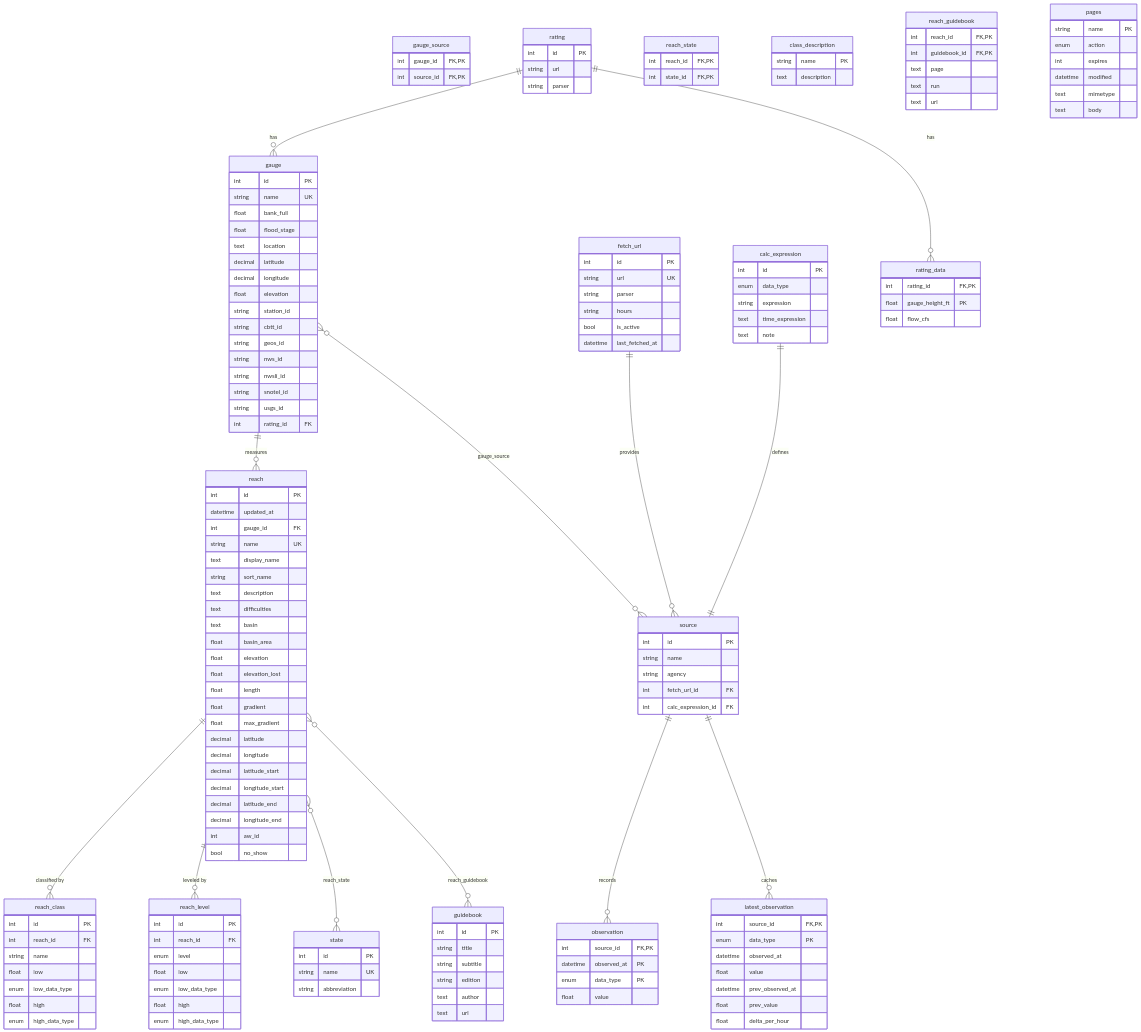
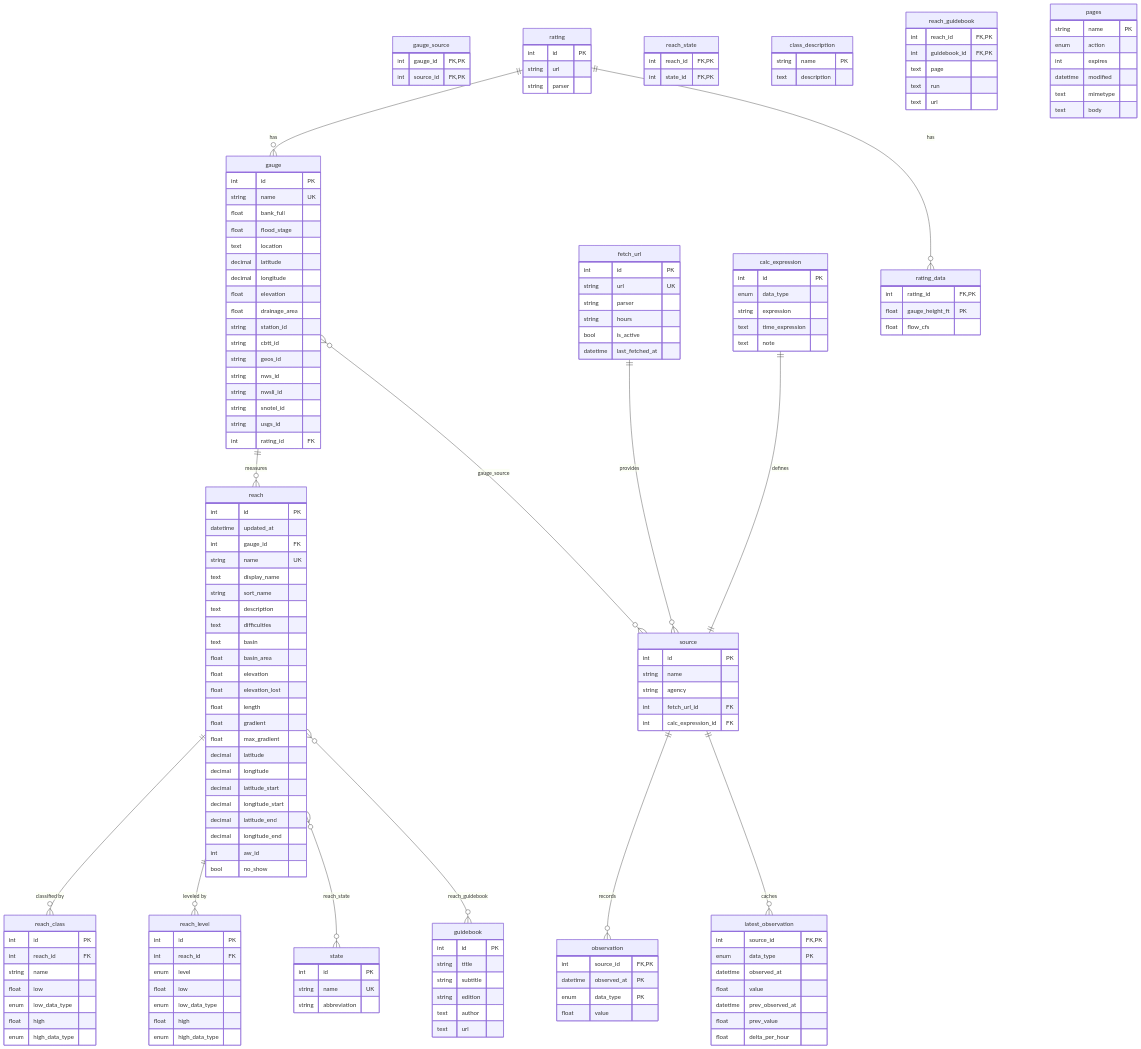
One commit to mousebrains/kayak_python changed the diagram in docs/schema.md. Above: the diagram before and after it, drawn with Mermaid. The commit also changed 4 other files, not shown here.

First line of the commit message:
Add drainage_area to gauge, USGS link on description page

```diff
--- a/docs/schema.md
+++ b/docs/schema.md
@@ -19,6 +19,7 @@
         decimal latitude
         decimal longitude
         float elevation
+        float drainage_area
         string station_id
         string cbtt_id
         string geos_id
```
